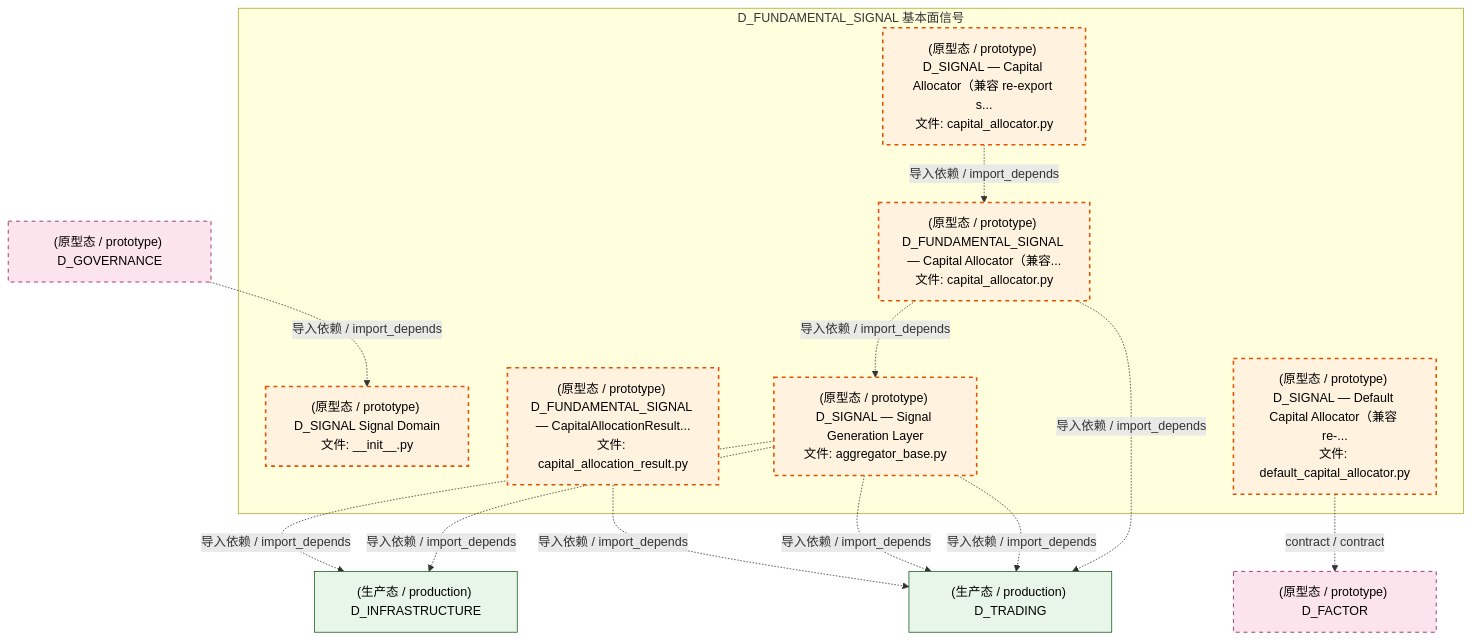
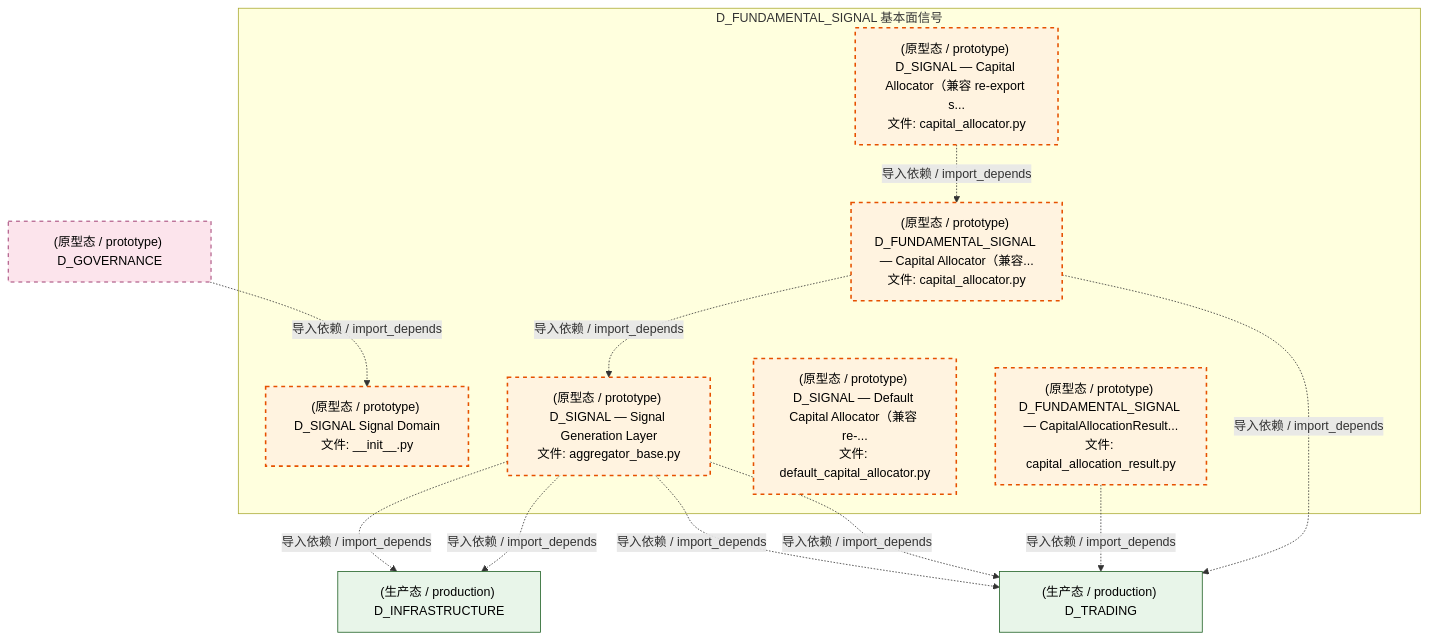
Before and after one commit to xuanFelixVan/ZephyrAlpha: the third of 4 diagrams in docs/02_enterprise_architecture/02_domain_architecture_docs/37_d_fundamental_signal.md, drawn with Mermaid. The commit also changed other lines of this file and 111 other files, not shown here.

````diff
--- a/docs/02_enterprise_architecture/02_domain_architecture_docs/37_d_fundamental_signal.md
+++ b/docs/02_enterprise_architecture/02_domain_architecture_docs/37_d_fundamental_signal.md
@@ -171,32 +171,30 @@
 ```mermaid
 graph TD
     subgraph D_FUNDAMENTAL_SIGNAL["D_FUNDAMENTAL_SIGNAL 基本面信号"]
         src_zephyr_signal_fundamental_init_py["(原型态 / prototype) D_SIGNAL Signal Domain<br/>文件: __init__.py"]
         src_zephyr_signal_fundamental_capital_capital_allocation_result_py["(原型态 / prototype) D_FUNDAMENTAL_SIGNAL — CapitalAllocationResult...<br/>文件: capital_allocation_result.py"]
         src_zephyr_signal_fundamental_capital_capital_allocator_py["(原型态 / prototype) D_SIGNAL — Capital Allocator（兼容 re-export s...<br/>文件: capital_allocator.py"]
         src_zephyr_signal_fundamental_capital_default_capital_allocator_py["(原型态 / prototype) D_SIGNAL — Default Capital Allocator（兼容 re-...<br/>文件: default_capital_allocator.py"]
         src_zephyr_signal_fundamental_gen_aggregator_base_py["(原型态 / prototype) D_SIGNAL — Signal Generation Layer<br/>文件: aggregator_base.py"]
         src_zephyr_signal_fundamental_strategy_capital_allocator_py["(原型态 / prototype) D_FUNDAMENTAL_SIGNAL — Capital Allocator（兼容...<br/>文件: capital_allocator.py"]
     end
     src_zephyr_signal_fundamental_capital_capital_allocator_py -.->|导入依赖 / import_depends| src_zephyr_signal_fundamental_strategy_capital_allocator_py
     src_zephyr_signal_fundamental_strategy_capital_allocator_py -.->|导入依赖 / import_depends| src_zephyr_signal_fundamental_gen_aggregator_base_py
-    D_FACTOR["(原型态 / prototype) D_FACTOR"]
-    src_zephyr_signal_fundamental_capital_default_capital_allocator_py -.->|contract / contract| D_FACTOR
-    D_TRADING["(生产态 / production) D_TRADING"]
-    src_zephyr_signal_fundamental_capital_capital_allocation_result_py -.->|导入依赖 / import_depends| D_TRADING
     D_INFRASTRUCTURE["(生产态 / production) D_INFRASTRUCTURE"]
     src_zephyr_signal_fundamental_gen_aggregator_base_py -.->|导入依赖 / import_depends| D_INFRASTRUCTURE
+    D_TRADING["(生产态 / production) D_TRADING"]
     src_zephyr_signal_fundamental_gen_aggregator_base_py -.->|导入依赖 / import_depends| D_TRADING
     src_zephyr_signal_fundamental_gen_aggregator_base_py -.->|导入依赖 / import_depends| D_TRADING
     src_zephyr_signal_fundamental_gen_aggregator_base_py -.->|导入依赖 / import_depends| D_INFRASTRUCTURE
+    src_zephyr_signal_fundamental_capital_capital_allocation_result_py -.->|导入依赖 / import_depends| D_TRADING
     src_zephyr_signal_fundamental_strategy_capital_allocator_py -.->|导入依赖 / import_depends| D_TRADING
     D_GOVERNANCE["(原型态 / prototype) D_GOVERNANCE"]
     D_GOVERNANCE -.->|导入依赖 / import_depends| src_zephyr_signal_fundamental_init_py
     classDef production fill:#e1f5fe,stroke:#01579b,stroke-width:2px,color:#000
     classDef design fill:#fff3e0,stroke:#e65100,stroke-width:2px,color:#000,stroke-dasharray: 5 5
     classDef external_prod fill:#e8f5e9,stroke:#1b5e20,stroke-width:1px,color:#000
     classDef external_design fill:#fce4ec,stroke:#880e4f,stroke-width:1px,color:#000,stroke-dasharray: 5 5
     class src_zephyr_signal_fundamental_init_py,src_zephyr_signal_fundamental_capital_capital_allocation_result_py,src_zephyr_signal_fundamental_capital_capital_allocator_py,src_zephyr_signal_fundamental_capital_default_capital_allocator_py,src_zephyr_signal_fundamental_gen_aggregator_base_py,src_zephyr_signal_fundamental_strategy_capital_allocator_py design
-    class D_TRADING,D_INFRASTRUCTURE external_prod
-    class D_FACTOR,D_GOVERNANCE external_design
+    class D_INFRASTRUCTURE,D_TRADING external_prod
+    class D_GOVERNANCE external_design
 ```
````
